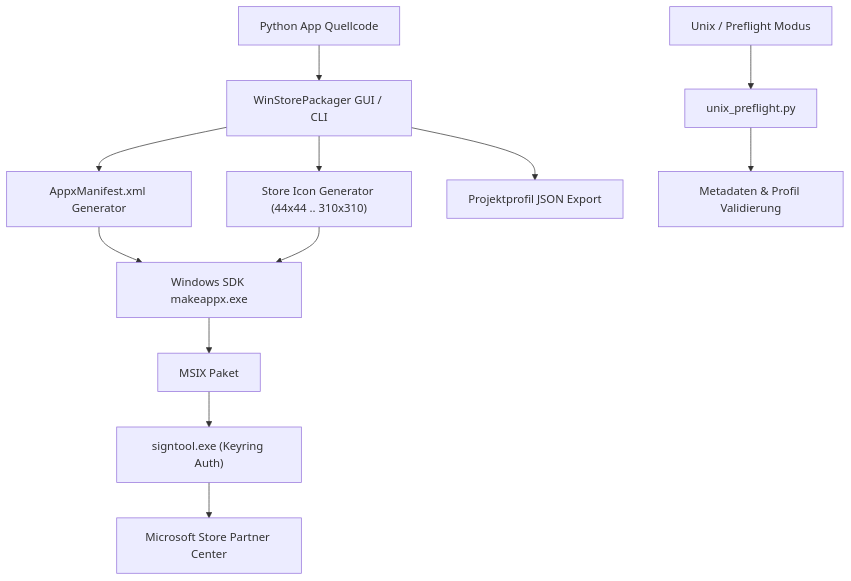
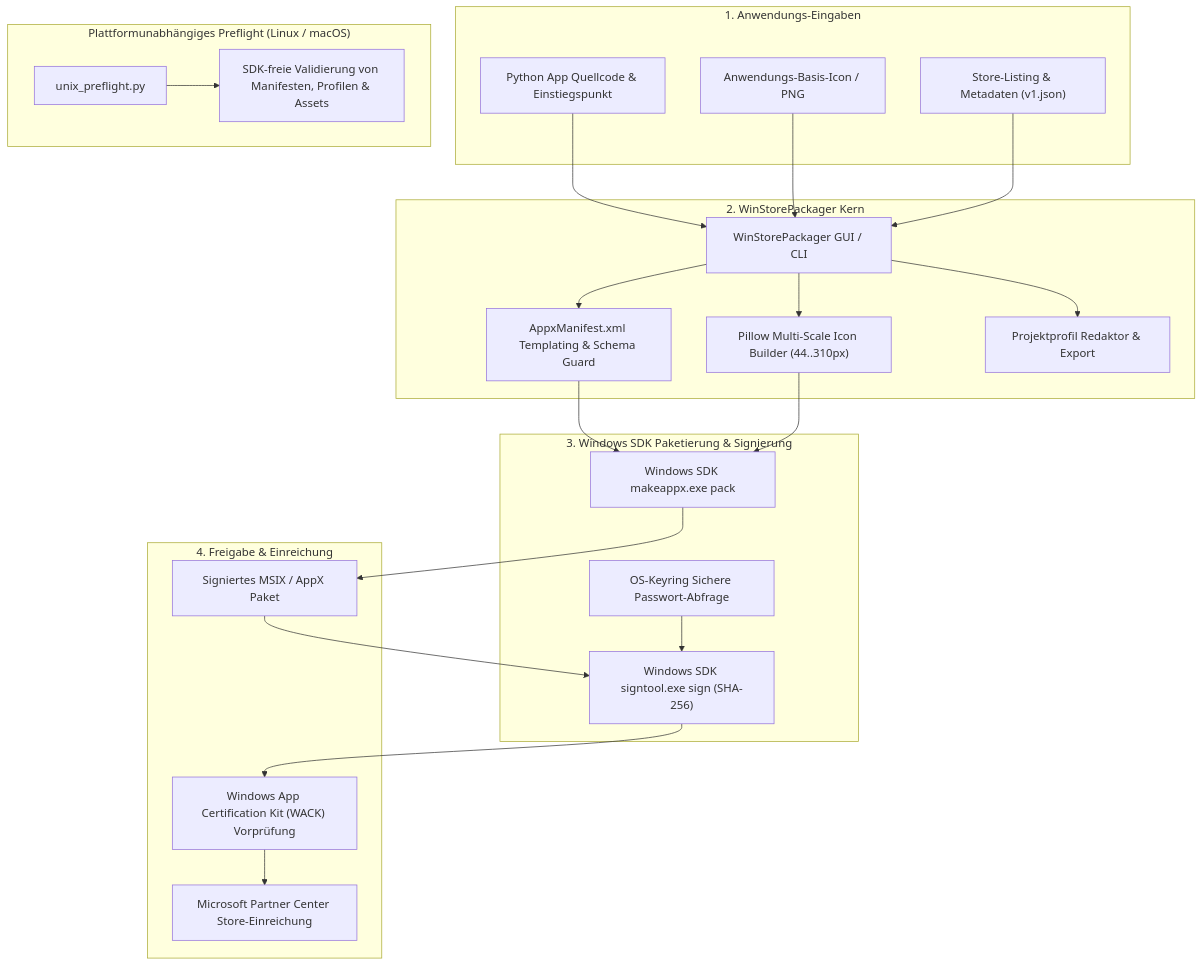
Before and after one commit to file-bricks/WinStorePackager: the first of 2 diagrams in README_de.md, drawn with Mermaid. The commit also changed other lines of this file and 7 other files, not shown here.

````diff
--- a/README_de.md
+++ b/README_de.md
@@ -48,15 +73,40 @@
 ```mermaid
-graph TD
-    A["Python App Quellcode"] --> B["WinStorePackager GUI / CLI"]
-    B --> C["AppxManifest.xml Generator"]
-    B --> D["Store Icon Generator (44x44 .. 310x310)"]
-    B --> E["Projektprofil JSON Export"]
-    C --> F["Windows SDK makeappx.exe"]
-    D --> F
-    F --> G["MSIX Paket"]
-    G --> H["signtool.exe (Keyring Auth)"]
-    H --> I["Microsoft Store Partner Center"]
+flowchart TD
+    subgraph Input["1. Anwendungs-Eingaben"]
+        A["Python App Quellcode & Einstiegspunkt"]
+        B["Anwendungs-Basis-Icon / PNG"]
+        C["Store-Listing & Metadaten (v1.json)"]
+    end
 
-    J["Unix / Preflight Modus"] --> K["unix_preflight.py"]
-    K --> L["Metadaten & Profil Validierung"]
+    subgraph Core["2. WinStorePackager Kern"]
+        D["WinStorePackager GUI / CLI"]
+        E["AppxManifest.xml Templating & Schema Guard"]
+        F["Pillow Multi-Scale Icon Builder (44..310px)"]
+        G["Projektprofil Redaktor & Export"]
+    end
+
+    subgraph Build["3. Windows SDK Paketierung & Signierung"]
+        H["Windows SDK makeappx.exe pack"]
+        I["OS-Keyring Sichere Passwort-Abfrage"]
+        J["Windows SDK signtool.exe sign (SHA-256)"]
+    end
+
+    subgraph Output["4. Freigabe & Einreichung"]
+        K["Signiertes MSIX / AppX Paket"]
+        L["Windows App Certification Kit (WACK) Vorprüfung"]
+        M["Microsoft Partner Center Store-Einreichung"]
+    end
+
+    A & B & C --> D
+    D --> E & F & G
+    E & F --> H
+    H --> K
+    K --> J
+    I --> J
+    J --> L
+    L --> M
+
+    subgraph Unix["Plattformunabhängiges Preflight (Linux / macOS)"]
+        N["unix_preflight.py"] --> O["SDK-freie Validierung von Manifesten, Profilen & Assets"]
+    end
 ```
````
